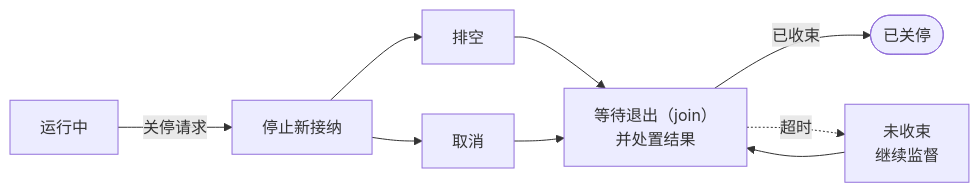
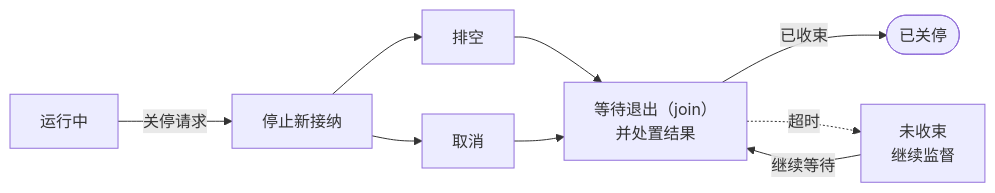
One commit to fordelkon/delkon.us.kg changed the sixth of 6 diagrams in content/posts/concurrency/message-passing-workers-backpressure.md. Above: the diagram before and after it, drawn with Mermaid. The commit also changed other lines of this file and 5 other files, not shown here.

First line of the commit message:
docs: audit concurrency series rigor, code comments, and diagrams

````diff
--- a/content/posts/concurrency/message-passing-workers-backpressure.md
+++ b/content/posts/concurrency/message-passing-workers-backpressure.md
@@ -368,14 +381,14 @@
 ```mermaid mobile-direction="TB" title="有界任务池的关停状态机" description="停止新接纳并处理未决提交后，可以排空已接纳的工作，也可以处置未领取的任务并通知执行中的任务取消。等待超时不是终态：所有者继续监督或明确移交。只有全部执行单元确认退出且结果已处置，才算关停完成。"
 flowchart LR
  running["运行中"] -->|关停请求| closing["停止新接纳"]
  closing --> drain["排空"]
  closing --> cancel["取消"]
  drain --> wait["等待退出（join）<br/>并处置结果"]
  cancel --> wait
  wait -->|已收束| stopped(["已关停"])
  wait -.->|超时| timedout["未收束<br/>继续监督"]
- timedout --> wait
+ timedout -->|继续等待| wait
  class running,closing,drain,cancel,wait state
  class timedout risk
  class stopped result
 ```
````
